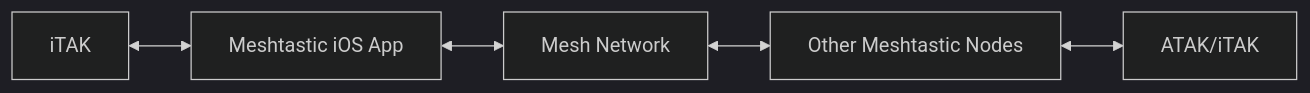
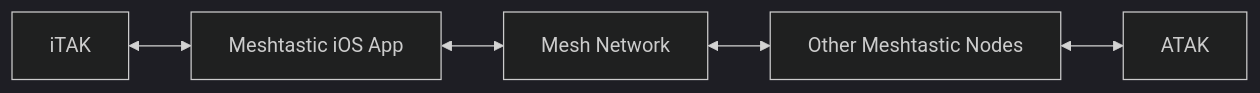
The diagram in blog/2026/February/tak-server-integration-ios.mdx (dandrzejewski/meshtastic-meshtastic), drawn with Mermaid (dark theme) before and after one commit.

````diff
--- a/blog/2026/February/tak-server-integration-ios.mdx
+++ b/blog/2026/February/tak-server-integration-ios.mdx
@@ -54,4 +54,4 @@
 ```mermaid
 flowchart LR
-    A[iTAK] <--> B[Meshtastic iOS App] <--> C[Mesh Network] <--> D[Other Meshtastic Nodes] <--> E[ATAK/iTAK]
+    A[iTAK] <--> B[Meshtastic iOS App] <--> C[Mesh Network] <--> D[Other Meshtastic Nodes] <--> E[ATAK]
 ```
````
